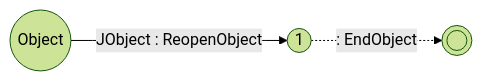
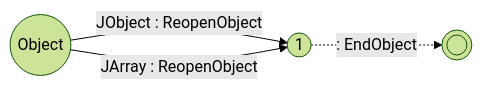
Before and after one commit to vczh-websites/vczh: the fourth of 4 diagrams in Blog/GLR-Refactoring/Mermaid.md, drawn with Mermaid (forest theme).

````diff
--- a/Blog/GLR-Refactoring/Mermaid.md
+++ b/Blog/GLR-Refactoring/Mermaid.md
@@ -48,5 +48,6 @@
 ```mermaid
 graph LR
   S((Object))-- JObject : ReopenObject -->1
+  S-- JArray : ReopenObject -->1
   1((1))-. : EndObject .->E((( )))
 ```
````
